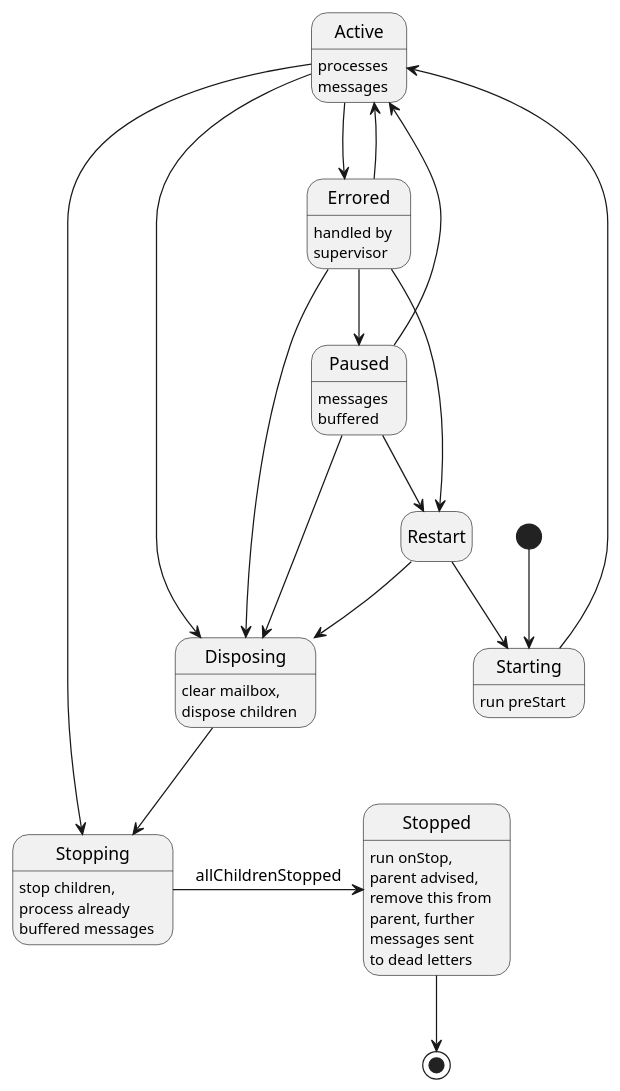
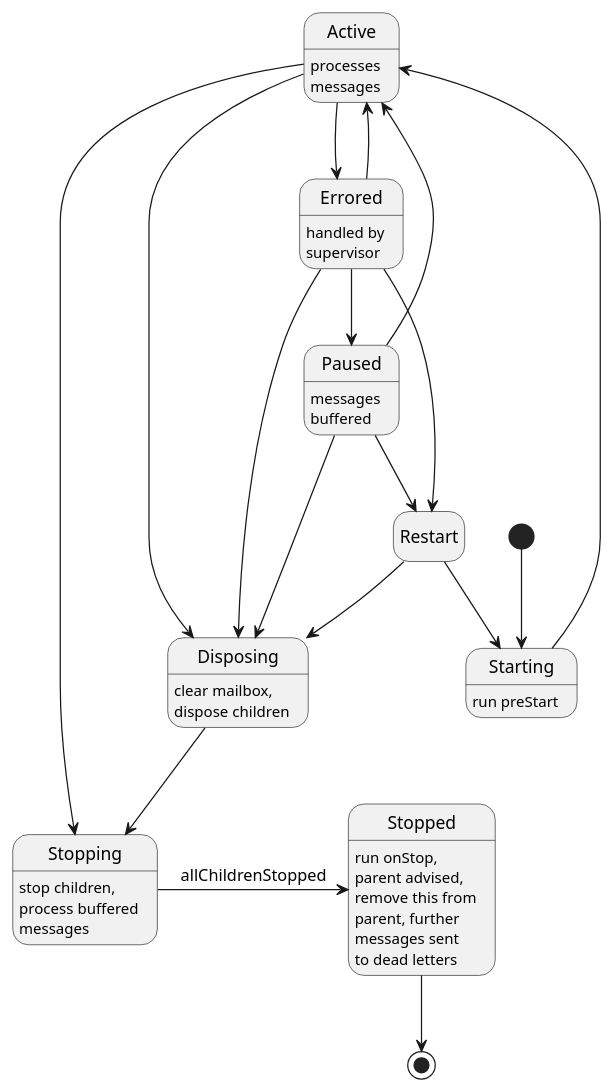
One commit to davidmoten/reels changed the diagram in src/main/plantuml/state-diagram.puml. Above: the diagram before and after it, drawn with PlantUML. The commit also changed 1 other file, not shown here.

```diff
--- a/src/main/plantuml/state-diagram.puml
+++ b/src/main/plantuml/state-diagram.puml
@@ -1,29 +1,29 @@
 @startuml
 hide empty description
 [*] --> Starting 
 Starting --> Active
 Active --> Stopping
 Stopping -> Stopped: allChildrenStopped
 Active --> Disposing
 Disposing --> Stopping
 Paused --> Restart
 Paused --> Active
 Restart --> Starting
 Paused --> Disposing
 Stopped --> [*]
 Active --> Errored
 Errored --> Active
 Errored --> Disposing
 Errored --> Restart
 Errored --> Paused
 Restart --> Disposing
 
 Active: processes\nmessages
-Stopping: stop children,\nprocess already\nbuffered messages
+Stopping: stop children,\nprocess buffered\nmessages
 Stopped: run onStop,\nparent advised,\nremove this from\nparent, further\nmessages sent\nto dead letters
 Paused: messages\nbuffered
 Errored: handled by\nsupervisor
 Starting: run preStart
 Disposing: clear mailbox,\ndispose children
 
 @enduml
```
